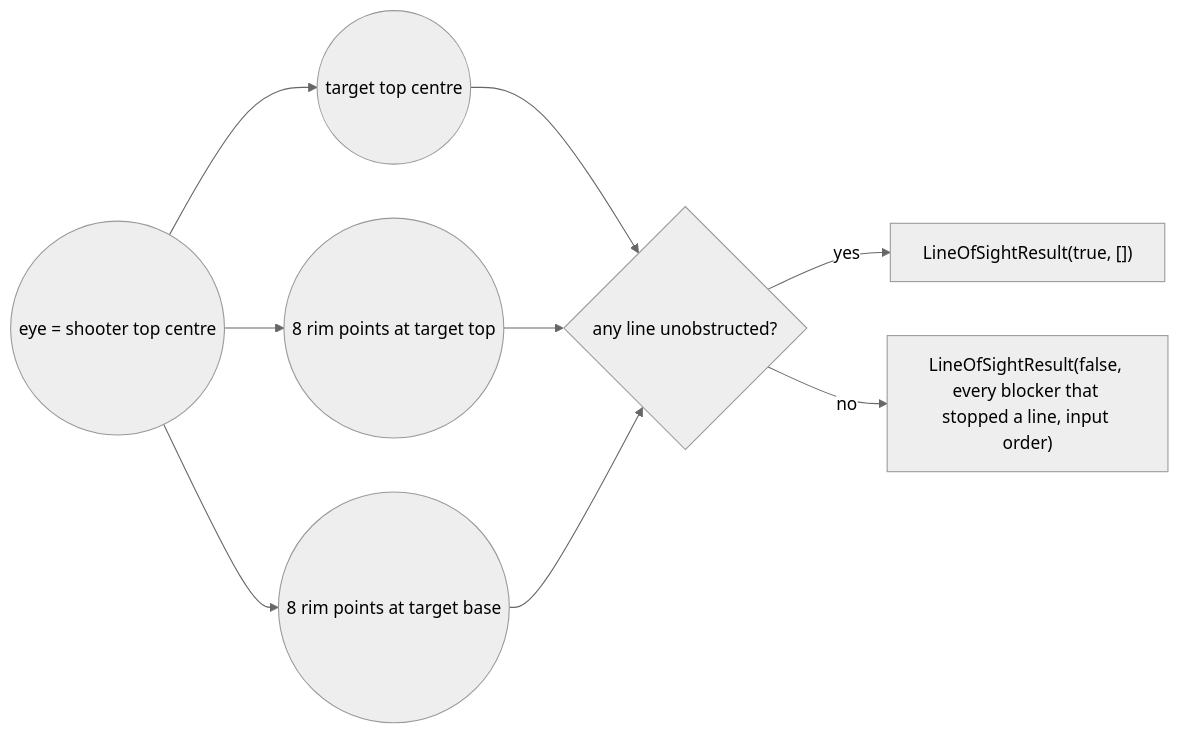
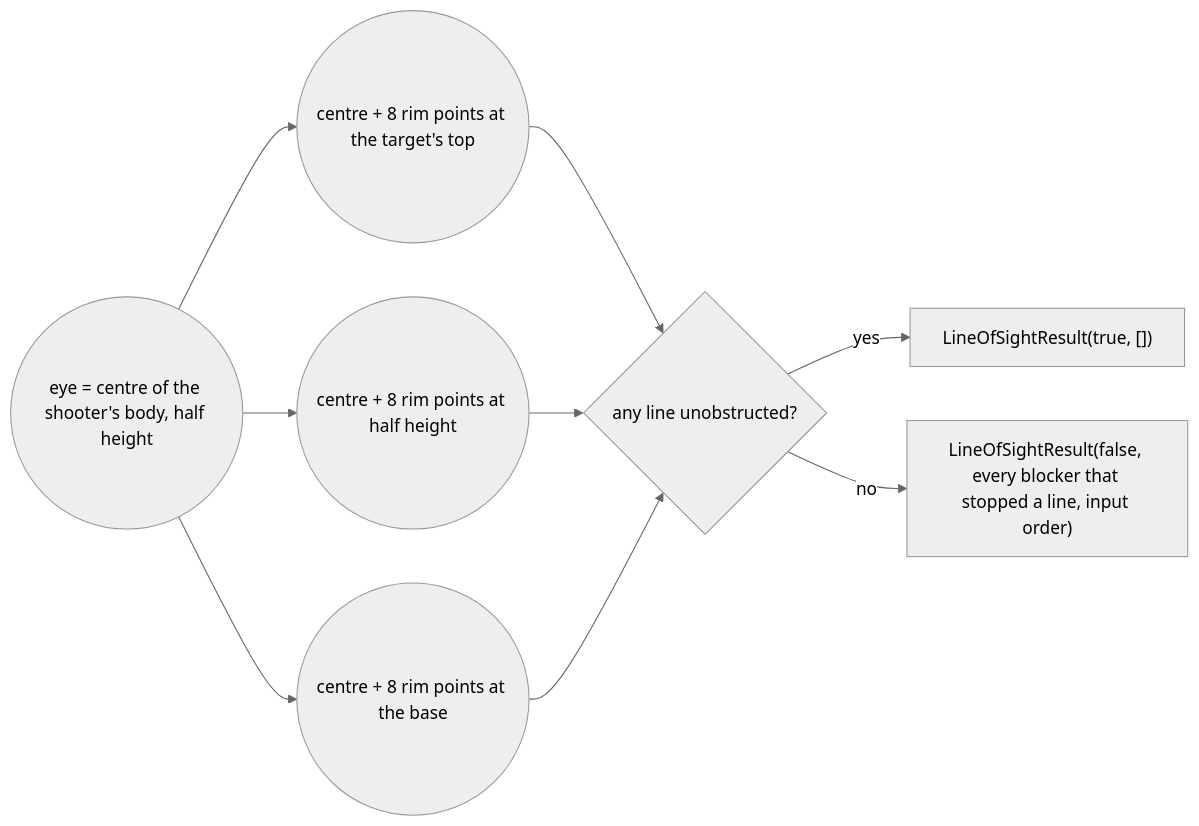
One commit to cstupi/tabletop changed the fifth of 12 diagrams in docs/design/geometry/design.md. Above: the diagram before and after it, drawn with Mermaid (neutral theme). The commit also changed other lines of this file and 25 other files, not shown here.

````diff
--- a/docs/design/geometry/design.md
+++ b/docs/design/geometry/design.md
@@ -389,11 +406,11 @@
 ```mermaid
 flowchart LR
-    E(("eye = shooter top centre")) --> TC(("target top centre"))
-    E --> RT(("8 rim points at target top"))
-    E --> RB(("8 rim points at target base"))
-    TC --> J{"any line unobstructed?"}
-    RT --> J
+    E(("eye = centre of the shooter's body, half height")) --> RT(("centre + 8 rim points at the target's top"))
+    E --> RM(("centre + 8 rim points at half height"))
+    E --> RB(("centre + 8 rim points at the base"))
+    RT --> J{"any line unobstructed?"}
+    RM --> J
     RB --> J
     J -->|yes| CLR["LineOfSightResult(true, [])"]
     J -->|no| OBS["LineOfSightResult(false, every blocker that stopped a line, input order)"]
 ```
````
